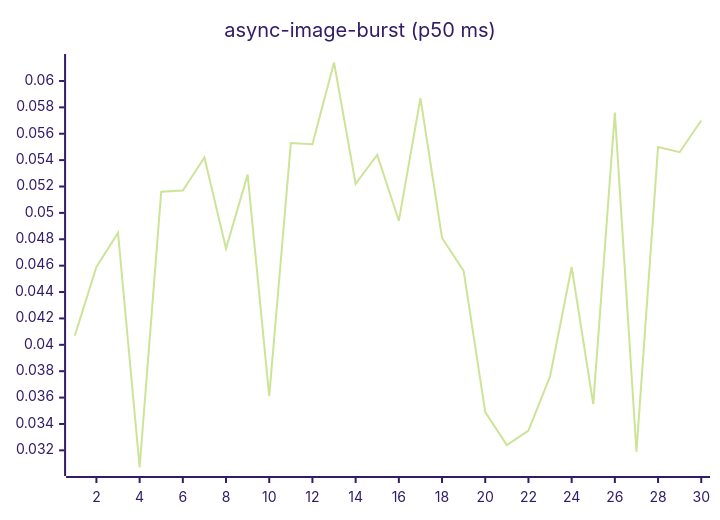
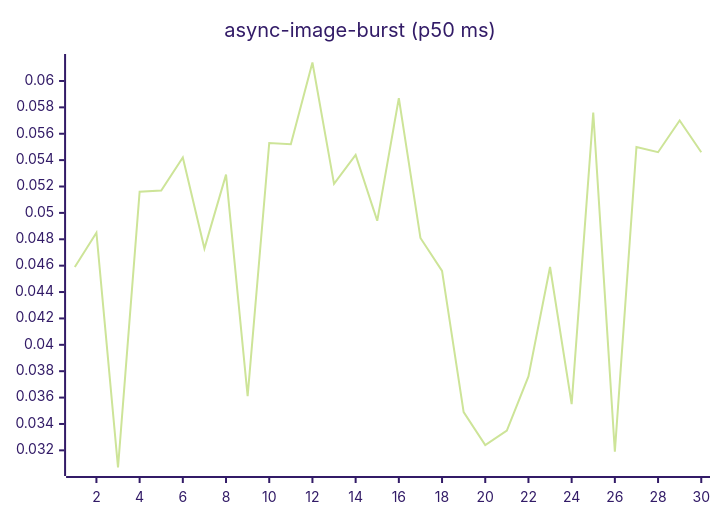
Before and after one commit to josha/Facet: the fourth of 27 diagrams in README.md, drawn with Mermaid (forest theme). The commit also changed other lines of this file and 2 other files, not shown here.

````diff
--- a/README.md
+++ b/README.md
@@ -84,6 +84,6 @@
 ```mermaid
 xychart-beta
     title "async-image-burst (p50 ms)"
     x-axis 1 --> 30
-    line [0.0407, 0.0459, 0.0485, 0.0307, 0.0516, 0.0517, 0.0542, 0.0473, 0.0529, 0.0361, 0.0553, 0.0552, 0.0614, 0.0522, 0.0544, 0.0494, 0.0587, 0.0481, 0.0456, 0.0349, 0.0324, 0.0335, 0.0376, 0.0459, 0.0355, 0.0576, 0.0319, 0.0550, 0.0546, 0.0570]
+    line [0.0459, 0.0485, 0.0307, 0.0516, 0.0517, 0.0542, 0.0473, 0.0529, 0.0361, 0.0553, 0.0552, 0.0614, 0.0522, 0.0544, 0.0494, 0.0587, 0.0481, 0.0456, 0.0349, 0.0324, 0.0335, 0.0376, 0.0459, 0.0355, 0.0576, 0.0319, 0.0550, 0.0546, 0.0570, 0.0546]
 ```
````
